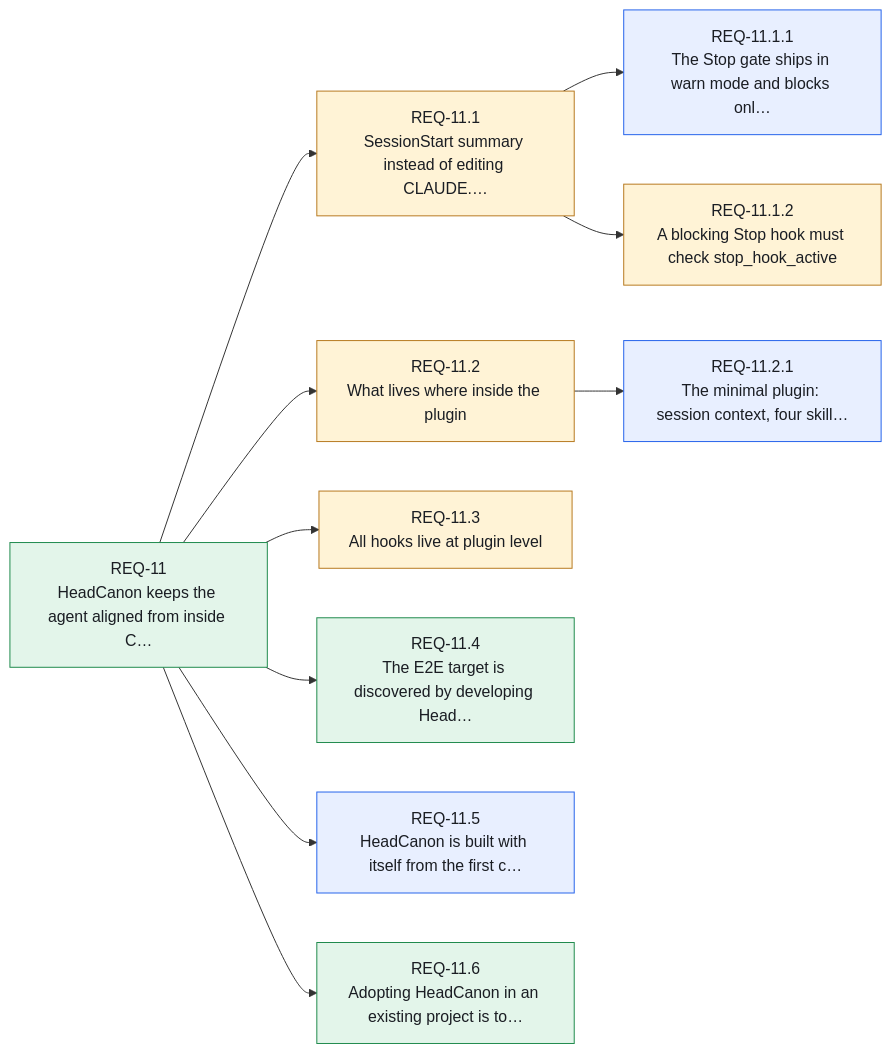
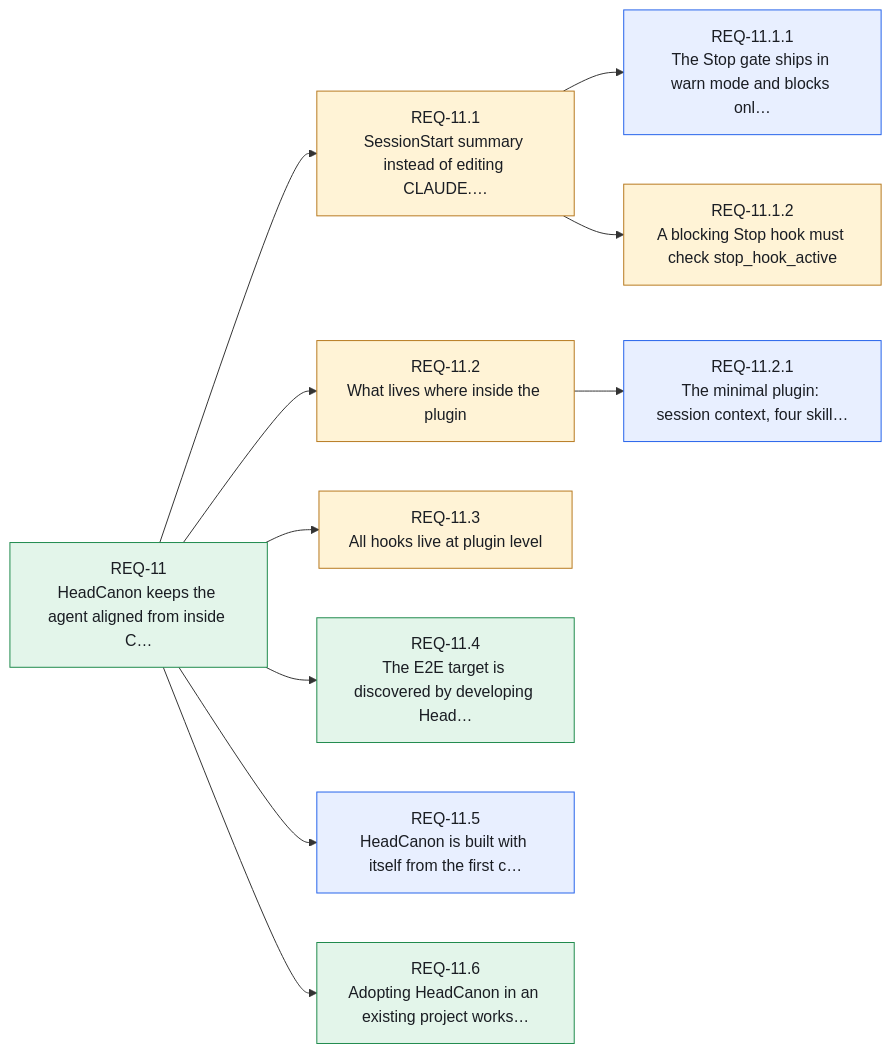
Before and after one commit to Althis/headcanon: diagram 12 of 14 in canon/INDEX.md, drawn with Mermaid. The commit also changed other lines of this file and 7 other files, not shown here.

````diff
--- a/canon/INDEX.md
+++ b/canon/INDEX.md
@@ -485,27 +493,27 @@
 ```mermaid
 flowchart LR
     REQ_11["REQ-11<br/>HeadCanon keeps the agent aligned from inside C…"]:::stated
     REQ_11_1["REQ-11.1<br/>SessionStart summary instead of editing CLAUDE.…"]:::assumed
     REQ_11_1_1["REQ-11.1.1<br/>The Stop gate ships in warn mode and blocks onl…"]:::resolved
     REQ_11_1_2["REQ-11.1.2<br/>A blocking Stop hook must check stop_hook_active"]:::assumed
     REQ_11_2["REQ-11.2<br/>What lives where inside the plugin"]:::assumed
     REQ_11_2_1["REQ-11.2.1<br/>The minimal plugin: session context, four skill…"]:::resolved
     REQ_11_3["REQ-11.3<br/>All hooks live at plugin level"]:::assumed
     REQ_11_4["REQ-11.4<br/>The E2E target is discovered by developing Head…"]:::stated
     REQ_11_5["REQ-11.5<br/>HeadCanon is built with itself from the first c…"]:::resolved
-    REQ_11_6["REQ-11.6<br/>Adopting HeadCanon in an existing project is to…"]:::stated
+    REQ_11_6["REQ-11.6<br/>Adopting HeadCanon in an existing project works…"]:::stated
     REQ_11 --> REQ_11_1
     REQ_11_1 --> REQ_11_1_1
     REQ_11_1 --> REQ_11_1_2
     REQ_11 --> REQ_11_2
     REQ_11_2 --> REQ_11_2_1
     REQ_11 --> REQ_11_3
     REQ_11 --> REQ_11_4
     REQ_11 --> REQ_11_5
     REQ_11 --> REQ_11_6
     classDef stated fill:#e3f5ea,stroke:#1f8a4c,color:#1a1d23
     classDef resolved fill:#e8efff,stroke:#2563eb,color:#1a1d23
     classDef assumed fill:#fff3d6,stroke:#b7791f,color:#1a1d23
     classDef open fill:#ece9fb,stroke:#6b5bd2,color:#1a1d23
     classDef contested fill:#fde7e8,stroke:#d13438,color:#1a1d23
 ```
````
